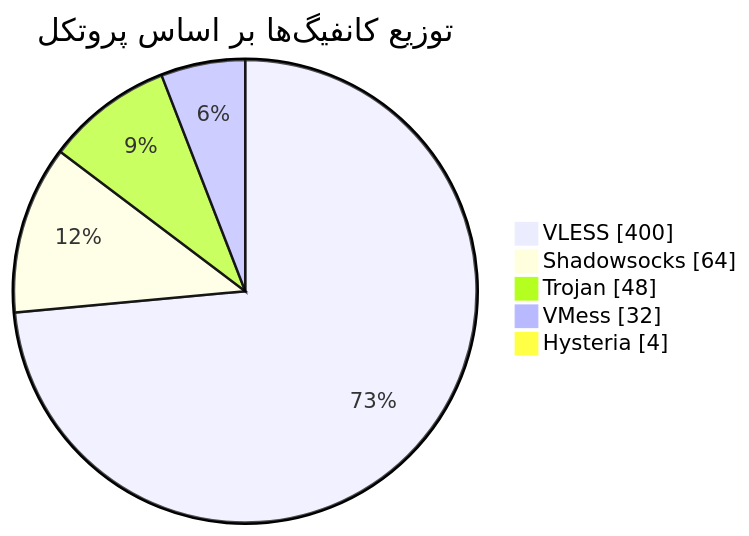
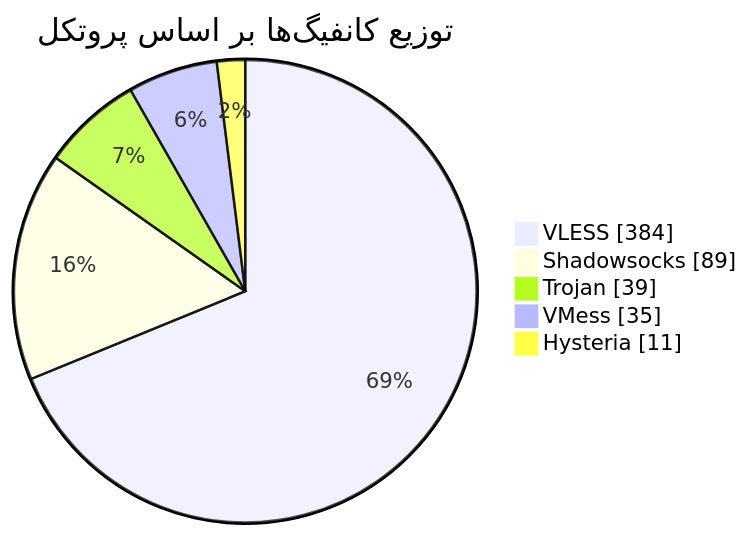
The diagram in README.md (Arian-Alijani/Somthing), drawn with Mermaid before and after one commit. The commit also changed other lines of this file and 85 other files, not shown here.

````diff
--- a/README.md
+++ b/README.md
@@ -47,9 +47,9 @@
 ```mermaid
 pie showData
     title توزیع کانفیگ‌ها بر اساس پروتکل
-    "VLESS" : 400
-    "Shadowsocks" : 64
-    "Trojan" : 48
-    "VMess" : 32
-    "Hysteria" : 4
+    "VLESS" : 384
+    "Shadowsocks" : 89
+    "Trojan" : 39
+    "VMess" : 35
+    "Hysteria" : 11
 ```
````
